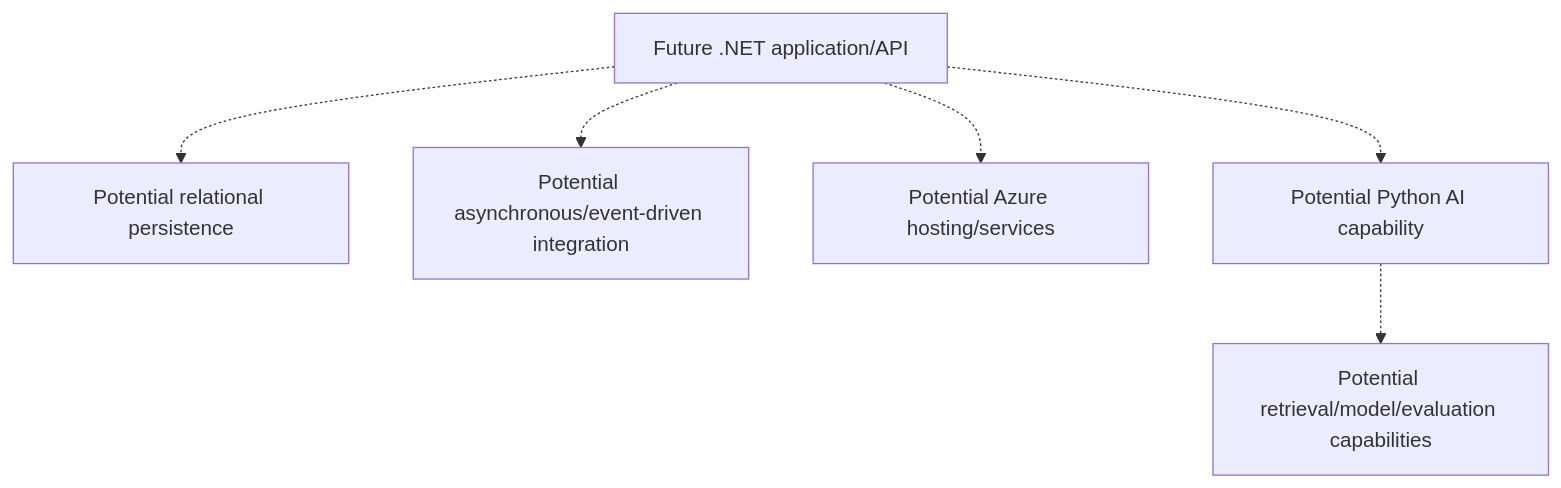
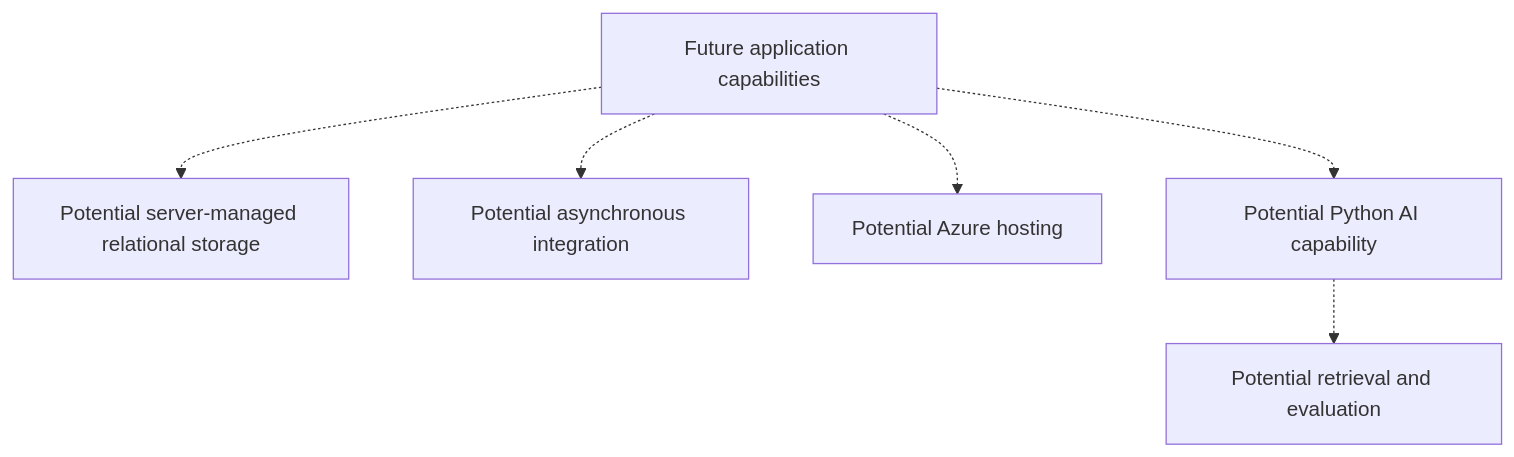
One commit to shivamchopra/enterprise-case-intelligence changed the second of 2 diagrams in docs/architecture/overview.md. Above: the diagram before and after it, drawn with Mermaid. The commit also changed other lines of this file and 30 other files, not shown here.

````diff
--- a/docs/architecture/overview.md
+++ b/docs/architecture/overview.md
@@ -85,9 +60,9 @@
 ```mermaid
 flowchart TD
-    App[Future .NET application/API]
-    App -.-> Persistence[Potential relational persistence]
-    App -.-> Integration[Potential asynchronous/event-driven integration]
-    App -.-> Hosting[Potential Azure hosting/services]
+    App[Future application capabilities]
+    App -.-> Persistence[Potential server-managed relational storage]
+    App -.-> Integration[Potential asynchronous integration]
+    App -.-> Hosting[Potential Azure hosting]
     App -.-> Python[Potential Python AI capability]
-    Python -.-> Evaluation[Potential retrieval/model/evaluation capabilities]
+    Python -.-> Evaluation[Potential retrieval and evaluation]
 ```
````
